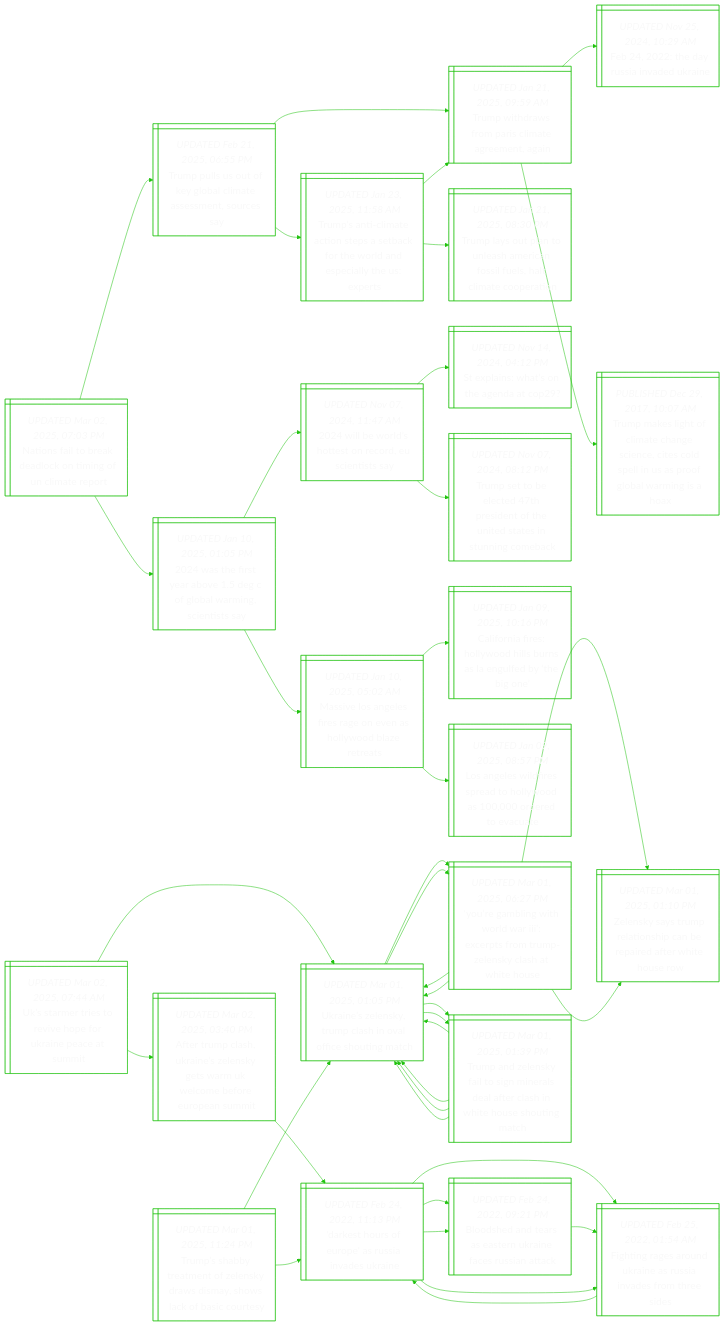
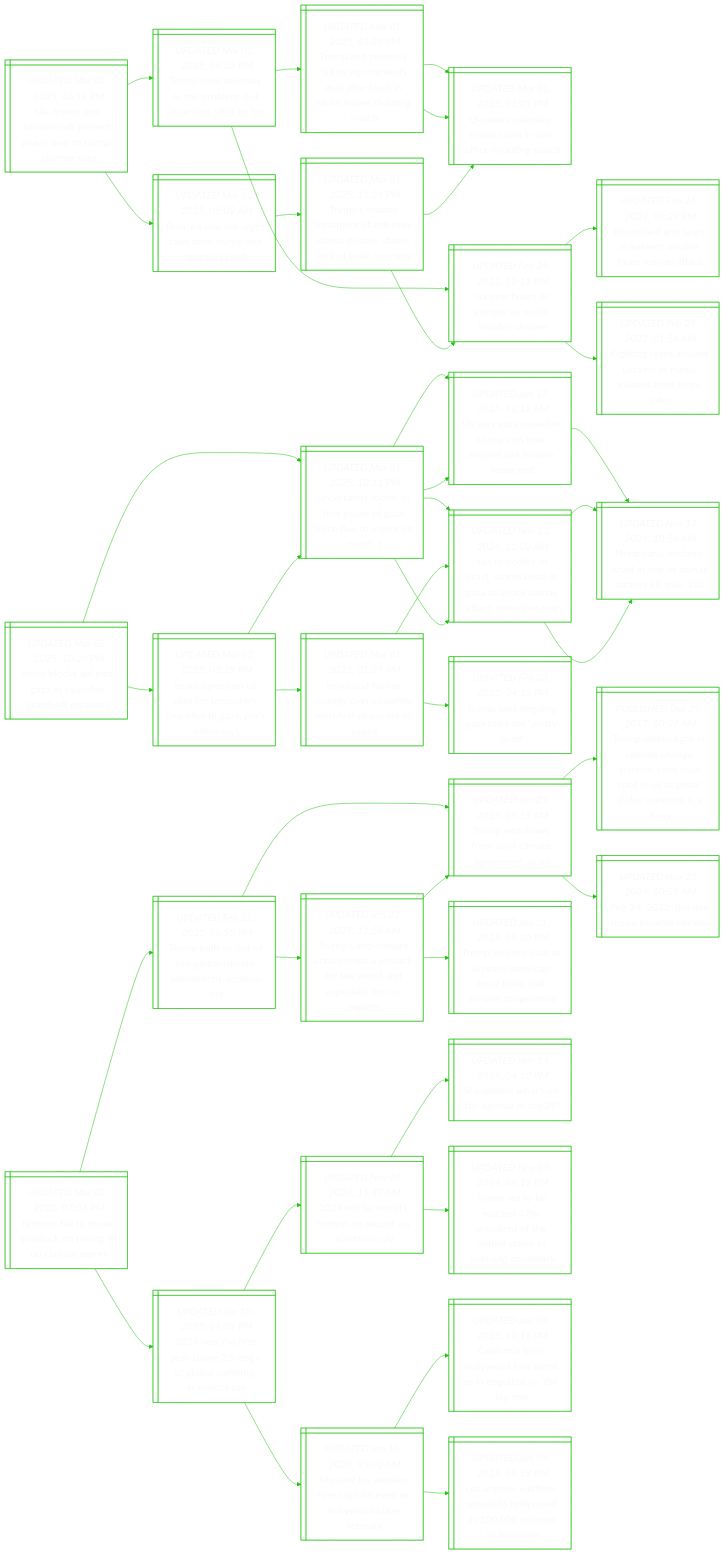
Before and after one commit to notJmes/notJmes: the diagram in README.md, drawn with Mermaid. The commit also changed other lines of this file, not shown here.

````diff
--- a/README.md
+++ b/README.md
@@ -15,6 +15,86 @@
 %%{init: {'theme':'base', 'themeVariables': {'primaryColor': "transparent", 'primaryTextColor': "#F9F9F9", 'lineColor': "#20C20E", 'primaryBorderColor':'#20C20E'}}}%%
 flowchart LR
 classDef txtsize font-size:20px;
+
+UndilseeTSes@{ shape: win-pane, label: "_UPDATED Mar 02, 2025, 06:14 PM_
+Uk, france and ukraine will present peace deal to trump, starmer says" }
+Tsekhbuanci@{ shape: win-pane, label: "_UPDATED Mar 02, 2025, 08:53 PM_
+Trump sees zelensky as the problem, but ukrainians stick by him" }
+TalytnretaWHsit@{ shape: win-pane, label: "_UPDATED Mar 01, 2025, 01:39 PM_
+Trump and zelensky fail to sign minerals deal after clash in white house shouting match" }
+Unlyphaiogh@{ shape: win-pane, label: "_UPDATED Mar 01, 2025, 01:05 PM_
+Ukraine’s zelensky, trump clash in oval office shouting match" }
+Unlyphaiogh@{ shape: win-pane, label: "_UPDATED Mar 01, 2025, 01:05 PM_
+Ukraine’s zelensky, trump clash in oval office shouting match" }
+DsruasvUn@{ shape: win-pane, label: "_UPDATED Feb 24, 2022, 11:13 PM_
+'darkest hours of europe' as russia invades ukraine" }
+Bsnranicsak@{ shape: win-pane, label: "_UPDATED Feb 24, 2022, 09:21 PM_
+Bloodshed and tears as eastern ukraine faces russian attack" }
+Figokesnsts@{ shape: win-pane, label: "_UPDATED Feb 25, 2022, 01:54 AM_
+Fighting rages around ukraine as russia invades from three sides" }
+FerglemZsa@{ shape: win-pane, label: "_UPDATED Mar 02, 2025, 05:02 AM_
+France’s macron urges calm after trump and zelensky clash" }
+Tsbatlysawksuy@{ shape: win-pane, label: "_UPDATED Mar 01, 2025, 11:24 PM_
+Trump’s shabby treatment of zelensky draws dismay, shows lack of basic courtesy" }
+Unlyphaiogh@{ shape: win-pane, label: "_UPDATED Mar 01, 2025, 01:05 PM_
+Ukraine’s zelensky, trump clash in oval office shouting match" }
+DsruasvUn@{ shape: win-pane, label: "_UPDATED Feb 24, 2022, 11:13 PM_
+'darkest hours of europe' as russia invades ukraine" }
+
+UndilseeTSes:::txtsize --> Tsekhbuanci:::txtsize
+Tsekhbuanci:::txtsize --> TalytnretaWHsit:::txtsize
+TalytnretaWHsit:::txtsize --> Unlyphaiogh:::txtsize
+TalytnretaWHsit:::txtsize --> Unlyphaiogh:::txtsize
+Tsekhbuanci:::txtsize --> DsruasvUn:::txtsize
+DsruasvUn:::txtsize --> Bsnranicsak:::txtsize
+DsruasvUn:::txtsize --> Figokesnsts:::txtsize
+UndilseeTSes:::txtsize --> FerglemZsa:::txtsize
+FerglemZsa:::txtsize --> Tsbatlysawksuy:::txtsize
+Tsbatlysawksuy:::txtsize --> Unlyphaiogh:::txtsize
+Tsbatlysawksuy:::txtsize --> DsruasvUn:::txtsize
+
+Ilkiacftfas@{ shape: win-pane, label: "_UPDATED Mar 02, 2025, 10:26 PM_
+Israel blocks aid into gaza as ceasefire stand-off escalates" }
+UtysraGruxoc@{ shape: win-pane, label: "_UPDATED Mar 01, 2025, 10:11 PM_
+Uncertainty looms as first phase of gaza truce due to expire on march 1" }
+Uscfotmpanon@{ shape: win-pane, label: "_UPDATED Jan 17, 2025, 11:12 AM_
+Us says gaza ceasefire to start on time despite last minute ‘loose end’" }
+NyeeawHakl@{ shape: win-pane, label: "_UPDATED Nov 13, 2024, 10:58 AM_
+Netanyahu declares israel at war as hamas attacks kill over 100" }
+Sbsrcdnacaale@{ shape: win-pane, label: "_UPDATED Nov 13, 2024, 11:02 AM_
+‘sea of bodies’ in israel, scores dead in gaza as shock hamas attack unleashes war" }
+NyeeawHakl@{ shape: win-pane, label: "_UPDATED Nov 13, 2024, 10:58 AM_
+Netanyahu declares israel at war as hamas attacks kill over 100" }
+NyeeawHakl@{ shape: win-pane, label: "_UPDATED Nov 13, 2024, 10:58 AM_
+Netanyahu declares israel at war as hamas attacks kill over 100" }
+IleSfmrsezoe@{ shape: win-pane, label: "_UPDATED Mar 02, 2025, 03:29 PM_
+Israel agrees on us plan for temporary ceasefire in gaza, pm’s office says" }
+Ilaiecfiratp@{ shape: win-pane, label: "_UPDATED Mar 01, 2025, 01:29 AM_
+Israel and hamas diverge over ceasefire with first phase set to expire" }
+Sbsrcdnacaale@{ shape: win-pane, label: "_UPDATED Nov 13, 2024, 11:02 AM_
+‘sea of bodies’ in israel, scores dead in gaza as shock hamas attack unleashes war" }
+Tsngtaeo@{ shape: win-pane, label: "_UPDATED Feb 28, 2025, 04:16 PM_
+Trump says ongoing gaza talks are ‘pretty good’" }
+UtysraGruxoc@{ shape: win-pane, label: "_UPDATED Mar 01, 2025, 10:11 PM_
+Uncertainty looms as first phase of gaza truce due to expire on march 1" }
+Uscfotmpanon@{ shape: win-pane, label: "_UPDATED Jan 17, 2025, 11:12 AM_
+Us says gaza ceasefire to start on time despite last minute ‘loose end’" }
+Sbsrcdnacaale@{ shape: win-pane, label: "_UPDATED Nov 13, 2024, 11:02 AM_
+‘sea of bodies’ in israel, scores dead in gaza as shock hamas attack unleashes war" }
+
+Ilkiacftfas:::txtsize --> UtysraGruxoc:::txtsize
+UtysraGruxoc:::txtsize --> Uscfotmpanon:::txtsize
+Uscfotmpanon:::txtsize --> NyeeawHakl:::txtsize
+UtysraGruxoc:::txtsize --> Sbsrcdnacaale:::txtsize
+Sbsrcdnacaale:::txtsize --> NyeeawHakl:::txtsize
+Sbsrcdnacaale:::txtsize --> NyeeawHakl:::txtsize
+Ilkiacftfas:::txtsize --> IleSfmrsezoe:::txtsize
+IleSfmrsezoe:::txtsize --> Ilaiecfiratp:::txtsize
+Ilaiecfiratp:::txtsize --> Sbsrcdnacaale:::txtsize
+Ilaiecfiratp:::txtsize --> Tsngtaeo:::txtsize
+IleSfmrsezoe:::txtsize --> UtysraGruxoc:::txtsize
+UtysraGruxoc:::txtsize --> Uscfotmpanon:::txtsize
+UtysraGruxoc:::txtsize --> Sbsrcdnacaale:::txtsize
 
 Nnleakmfirt@{ shape: win-pane, label: "_UPDATED Mar 02, 2025, 07:03 PM_
 Nations fail to break deadlock on timing of un climate report" }
@@ -62,81 +142,4 @@
 MvAeeeeooats:::txtsize --> CofHwiusgden:::txtsize
 MvAeeeeooats:::txtsize --> Lgwiptlddtc:::txtsize
 
-UattipUncu@{ shape: win-pane, label: "_UPDATED Mar 02, 2025, 07:44 AM_
-Uk’s starmer tries to revive hope for ukraine peace at summit" }
-ATcUnlywKofuam@{ shape: win-pane, label: "_UPDATED Mar 02, 2025, 03:40 PM_
-After trump clash, ukraine’s zelensky gets warm uk welcome before european summit" }
-DsruasvUn@{ shape: win-pane, label: "_UPDATED Feb 24, 2022, 11:13 PM_
-'darkest hours of europe' as russia invades ukraine" }
-Bsnranicsak@{ shape: win-pane, label: "_UPDATED Feb 24, 2022, 09:21 PM_
-Bloodshed and tears as eastern ukraine faces russian attack" }
-Figokesnsts@{ shape: win-pane, label: "_UPDATED Feb 25, 2022, 01:54 AM_
-Fighting rages around ukraine as russia invades from three sides" }
-Unlyphaiogh@{ shape: win-pane, label: "_UPDATED Mar 01, 2025, 01:05 PM_
-Ukraine’s zelensky, trump clash in oval office shouting match" }
-TalytnretaWHsit@{ shape: win-pane, label: "_UPDATED Mar 01, 2025, 01:39 PM_
-Trump and zelensky fail to sign minerals deal after clash in white house shouting match" }
-Unlyphaiogh@{ shape: win-pane, label: "_UPDATED Mar 01, 2025, 01:05 PM_
-Ukraine’s zelensky, trump clash in oval office shouting match" }
-Unlyphaiogh@{ shape: win-pane, label: "_UPDATED Mar 01, 2025, 01:05 PM_
-Ukraine’s zelensky, trump clash in oval office shouting match" }
-YgitlIcsTZsaWH@{ shape: win-pane, label: "_UPDATED Mar 01, 2025, 06:27 PM_
-‘you’re gambling with world war iii’: excerpts from trump-zelensky clash at white house" }
-Unlyphaiogh@{ shape: win-pane, label: "_UPDATED Mar 01, 2025, 01:05 PM_
-Ukraine’s zelensky, trump clash in oval office shouting match" }
-Zsymasaeeets@{ shape: win-pane, label: "_UPDATED Mar 01, 2025, 01:10 PM_
-Zelensky says trump relationship can be repaired after white house row" }
-
-UattipUncu:::txtsize --> ATcUnlywKofuam:::txtsize
-ATcUnlywKofuam:::txtsize --> DsruasvUn:::txtsize
-DsruasvUn:::txtsize --> Bsnranicsak:::txtsize
-DsruasvUn:::txtsize --> Figokesnsts:::txtsize
-UattipUncu:::txtsize --> Unlyphaiogh:::txtsize
-Unlyphaiogh:::txtsize --> TalytnretaWHsit:::txtsize
-TalytnretaWHsit:::txtsize --> Unlyphaiogh:::txtsize
-TalytnretaWHsit:::txtsize --> Unlyphaiogh:::txtsize
-Unlyphaiogh:::txtsize --> YgitlIcsTZsaWH:::txtsize
-YgitlIcsTZsaWH:::txtsize --> Unlyphaiogh:::txtsize
-YgitlIcsTZsaWH:::txtsize --> Zsymasaeeets:::txtsize
-
-Tsbatlysawksuy@{ shape: win-pane, label: "_UPDATED Mar 01, 2025, 11:24 PM_
-Trump’s shabby treatment of zelensky draws dismay, shows lack of basic courtesy" }
-Unlyphaiogh@{ shape: win-pane, label: "_UPDATED Mar 01, 2025, 01:05 PM_
-Ukraine’s zelensky, trump clash in oval office shouting match" }
-TalytnretaWHsit@{ shape: win-pane, label: "_UPDATED Mar 01, 2025, 01:39 PM_
-Trump and zelensky fail to sign minerals deal after clash in white house shouting match" }
-Unlyphaiogh@{ shape: win-pane, label: "_UPDATED Mar 01, 2025, 01:05 PM_
-Ukraine’s zelensky, trump clash in oval office shouting match" }
-Unlyphaiogh@{ shape: win-pane, label: "_UPDATED Mar 01, 2025, 01:05 PM_
-Ukraine’s zelensky, trump clash in oval office shouting match" }
-YgitlIcsTZsaWH@{ shape: win-pane, label: "_UPDATED Mar 01, 2025, 06:27 PM_
-‘you’re gambling with world war iii’: excerpts from trump-zelensky clash at white house" }
-Unlyphaiogh@{ shape: win-pane, label: "_UPDATED Mar 01, 2025, 01:05 PM_
-Ukraine’s zelensky, trump clash in oval office shouting match" }
-Zsymasaeeets@{ shape: win-pane, label: "_UPDATED Mar 01, 2025, 01:10 PM_
-Zelensky says trump relationship can be repaired after white house row" }
-DsruasvUn@{ shape: win-pane, label: "_UPDATED Feb 24, 2022, 11:13 PM_
-'darkest hours of europe' as russia invades ukraine" }
-Bsnranicsak@{ shape: win-pane, label: "_UPDATED Feb 24, 2022, 09:21 PM_
-Bloodshed and tears as eastern ukraine faces russian attack" }
-Figokesnsts@{ shape: win-pane, label: "_UPDATED Feb 25, 2022, 01:54 AM_
-Fighting rages around ukraine as russia invades from three sides" }
-Figokesnsts@{ shape: win-pane, label: "_UPDATED Feb 25, 2022, 01:54 AM_
-Fighting rages around ukraine as russia invades from three sides" }
-DsruasvUn@{ shape: win-pane, label: "_UPDATED Feb 24, 2022, 11:13 PM_
-'darkest hours of europe' as russia invades ukraine" }
-
-Tsbatlysawksuy:::txtsize --> Unlyphaiogh:::txtsize
-Unlyphaiogh:::txtsize --> TalytnretaWHsit:::txtsize
-TalytnretaWHsit:::txtsize --> Unlyphaiogh:::txtsize
-TalytnretaWHsit:::txtsize --> Unlyphaiogh:::txtsize
-Unlyphaiogh:::txtsize --> YgitlIcsTZsaWH:::txtsize
-YgitlIcsTZsaWH:::txtsize --> Unlyphaiogh:::txtsize
-YgitlIcsTZsaWH:::txtsize --> Zsymasaeeets:::txtsize
-Tsbatlysawksuy:::txtsize --> DsruasvUn:::txtsize
-DsruasvUn:::txtsize --> Bsnranicsak:::txtsize
-Bsnranicsak:::txtsize --> Figokesnsts:::txtsize
-DsruasvUn:::txtsize --> Figokesnsts:::txtsize
-Figokesnsts:::txtsize --> DsruasvUn:::txtsize
-
 ```
````
